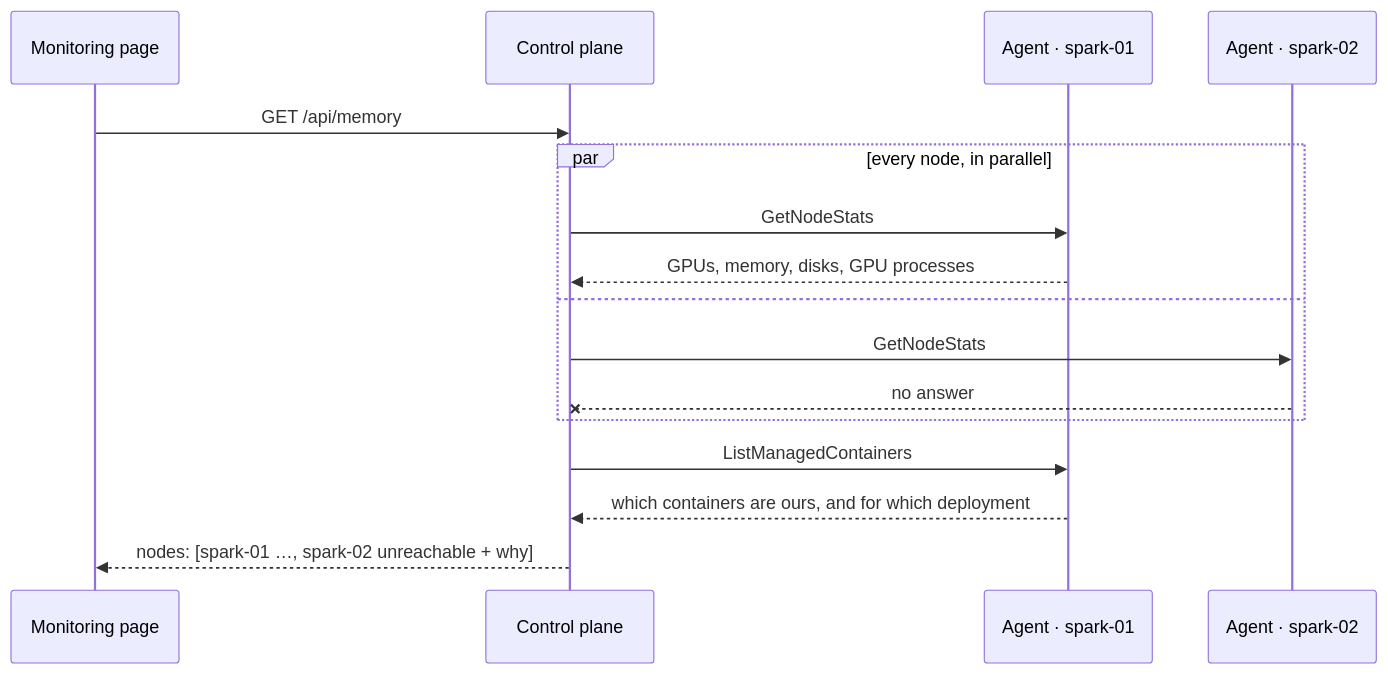
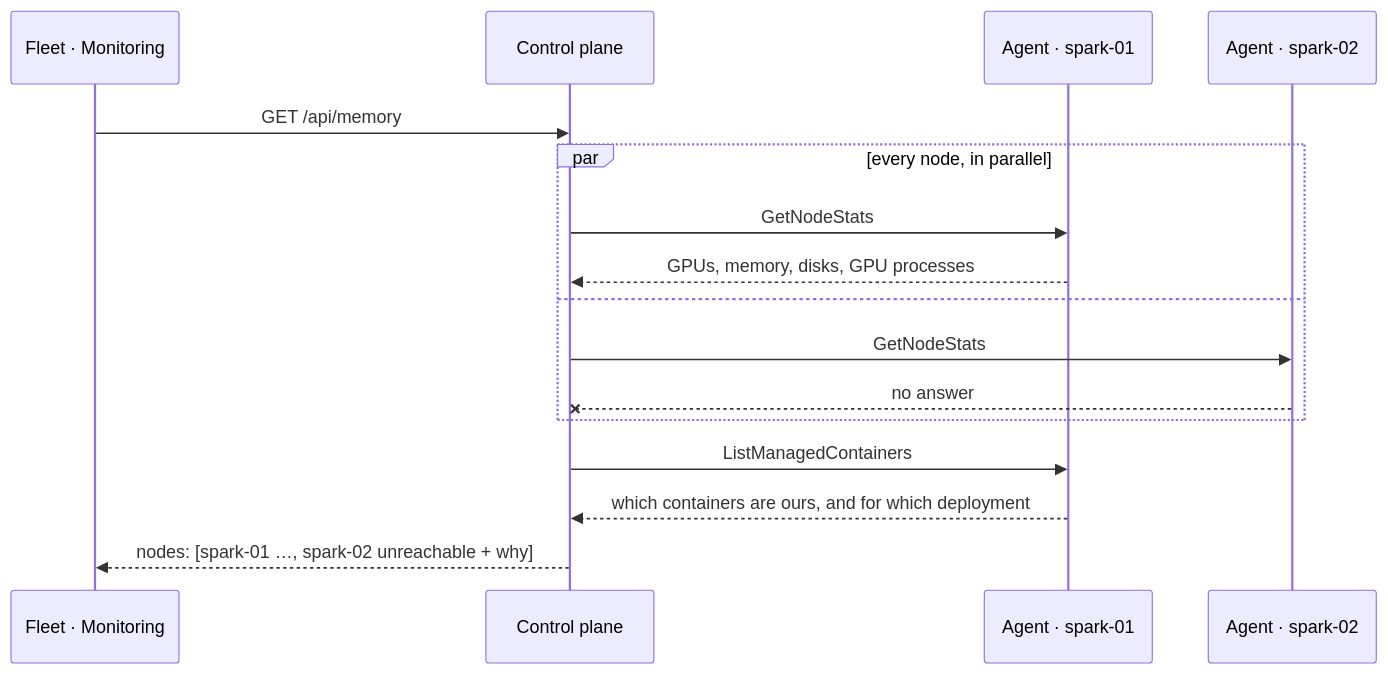
One commit to kharkevich-engineering-lab/spark-pulse changed the diagram in docs/guide/monitoring.md. Above: the diagram before and after it, drawn with Mermaid. The commit also changed 34 other files, not shown here.

````diff
--- a/docs/guide/monitoring.md
+++ b/docs/guide/monitoring.md
@@ -9,18 +9,18 @@
 ```mermaid
 sequenceDiagram
-  participant P as Monitoring page
+  participant P as Fleet · Monitoring
   participant CP as Control plane
   participant N1 as Agent · spark-01
   participant N2 as Agent · spark-02
   P->>CP: GET /api/memory
   par every node, in parallel
     CP->>N1: GetNodeStats
     N1-->>CP: GPUs, memory, disks, GPU processes
   and
     CP->>N2: GetNodeStats
     N2--xCP: no answer
   end
   CP->>N1: ListManagedContainers
   N1-->>CP: which containers are ours, and for which deployment
   CP-->>P: nodes: [spark-01 …, spark-02 unreachable + why]
 ```
````
